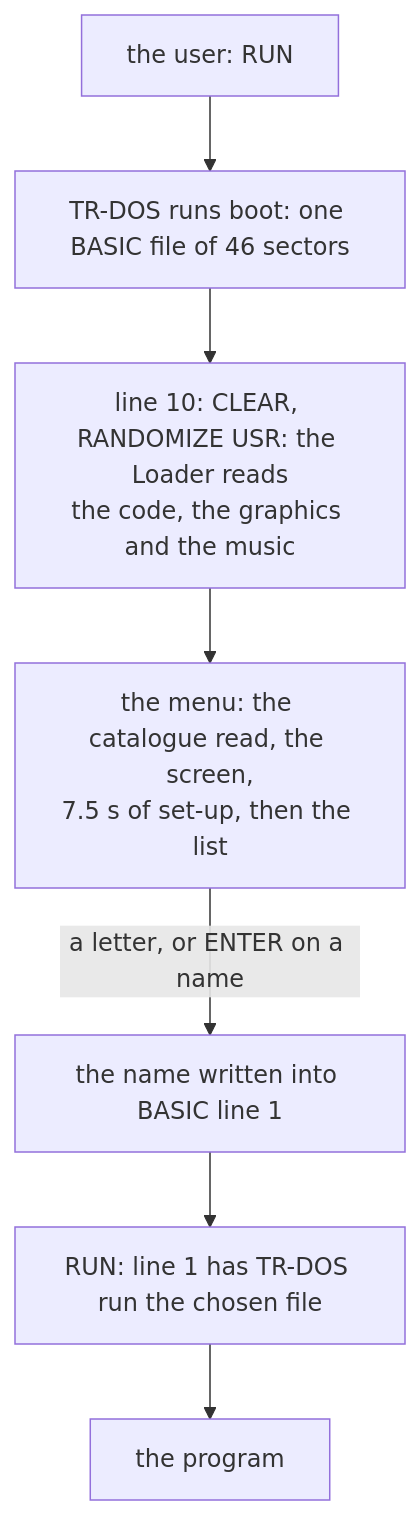
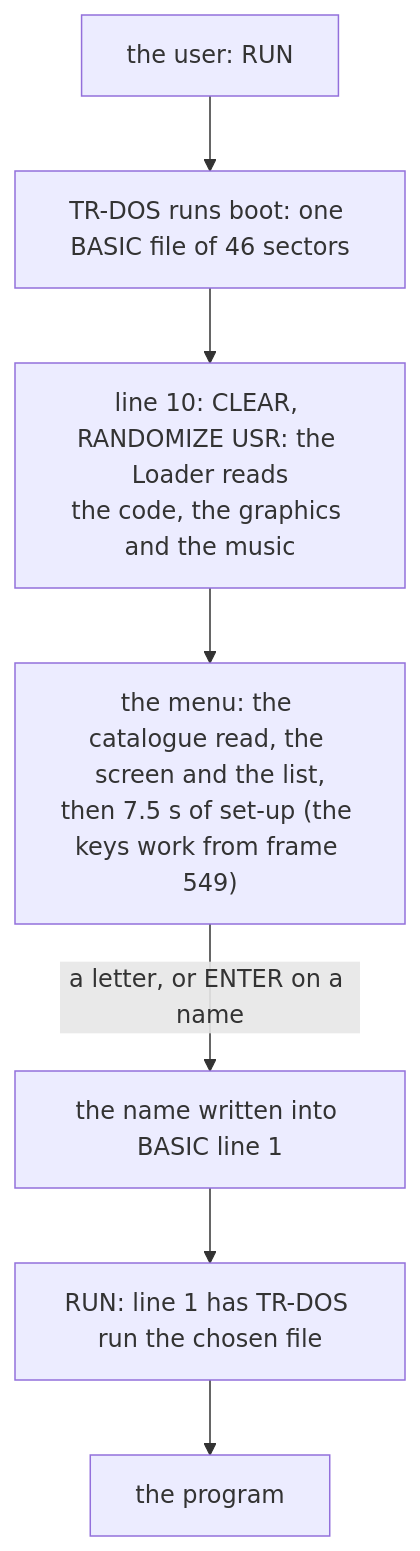
Before and after one commit to alfishe/unrealng-reverse-cases: the diagram in software/zyx-boot/docs/01-overview.md, drawn with Mermaid. The commit also changed other lines of this file and 30 other files, not shown here.

````diff
--- a/software/zyx-boot/docs/01-overview.md
+++ b/software/zyx-boot/docs/01-overview.md
@@ -33,9 +33,9 @@
 ```mermaid
 flowchart TD
     U["the user: RUN"] --> T["TR-DOS runs boot: one BASIC file of 46 sectors"]
     T --> L["line 10: CLEAR, RANDOMIZE USR: the Loader reads<br/>the code, the graphics and the music"]
-    L --> M["the menu: the catalogue read, the screen,<br/>7.5 s of set-up, then the list"]
+    L --> M["the menu: the catalogue read, the screen and the list,<br/>then 7.5 s of set-up (the keys work from frame 549)"]
     M -->|"a letter, or ENTER on a name"| W["the name written into BASIC line 1"]
     W --> R["RUN: line 1 has TR-DOS run the chosen file"]
     R --> P["the program"]
 ```
````
